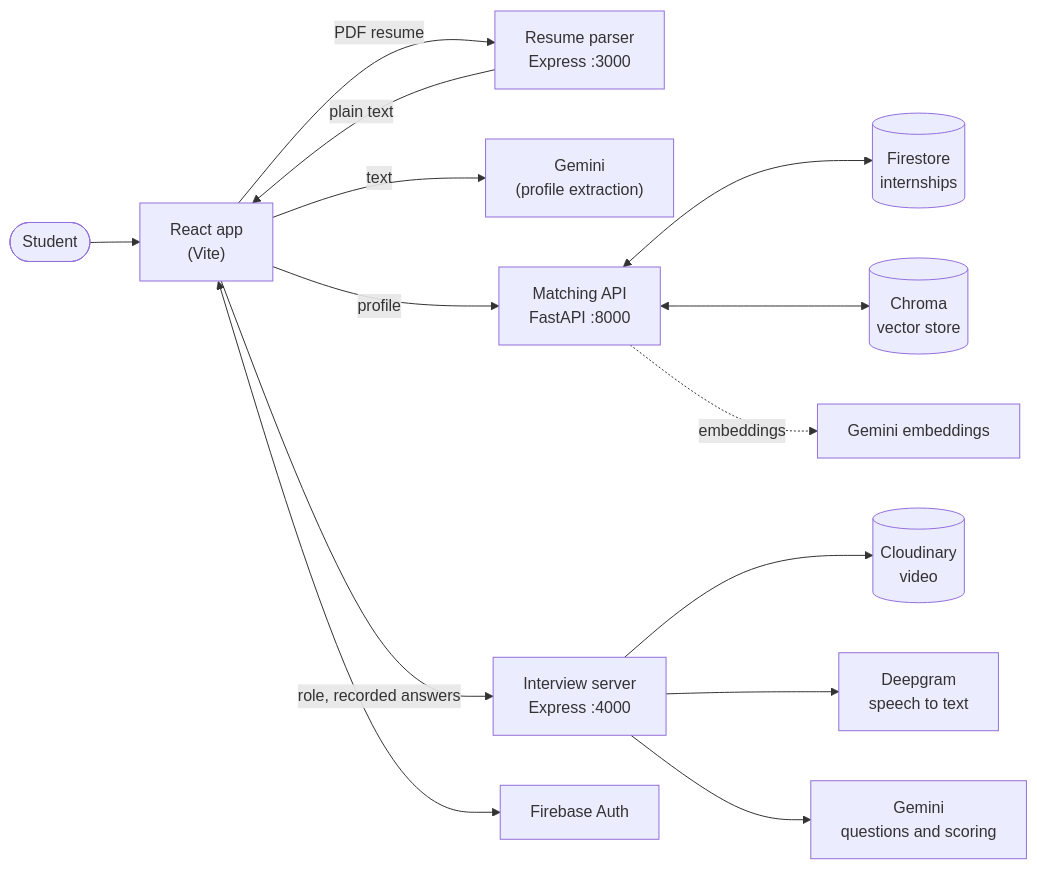
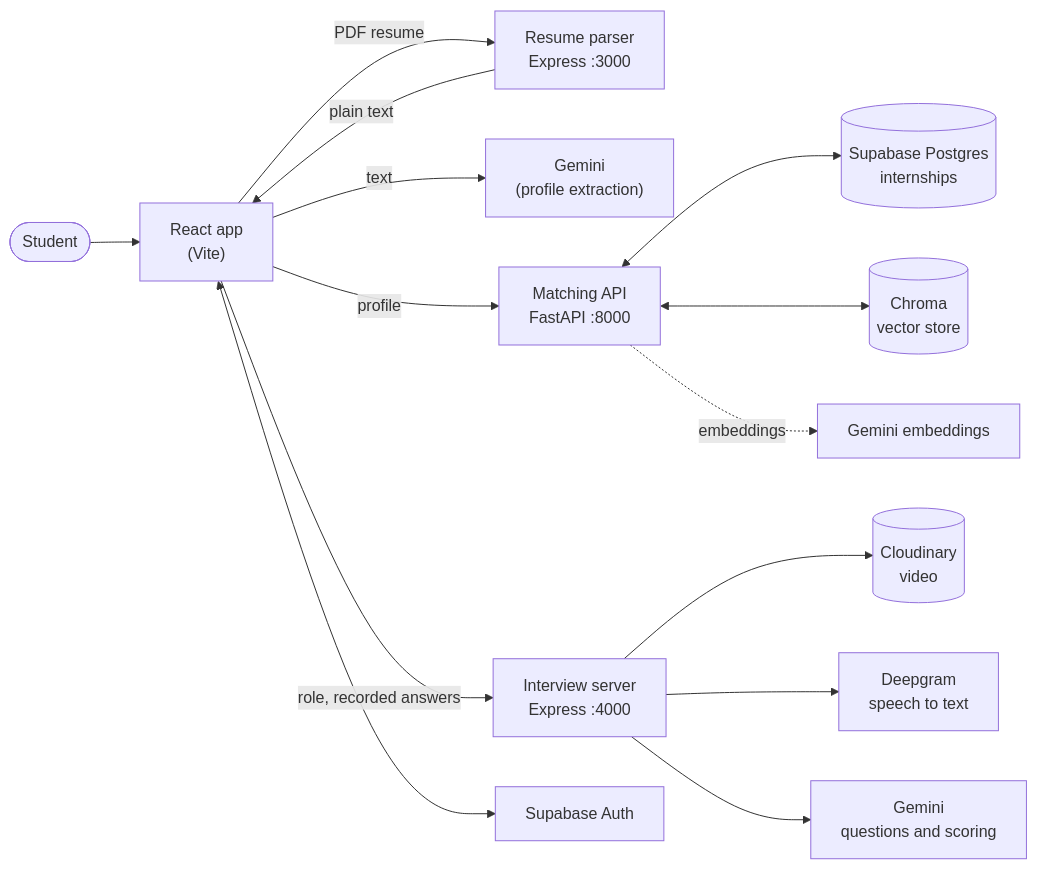
Before and after one commit to suryansh04/InternSetu: the diagram in README.md, drawn with Mermaid. The commit also changed other lines of this file and 25 other files, not shown here.

First line of the commit message:
Move from Firebase to Supabase and fix bugs found in testing

````diff
--- a/README.md
+++ b/README.md
@@ -57,16 +57,16 @@
 ```mermaid
 flowchart LR
     U([Student]) --> FE["React app<br/>(Vite)"]
     FE -- "PDF resume" --> RP["Resume parser<br/>Express :3000"]
     RP -- "plain text" --> FE
     FE -- "text" --> GM1["Gemini<br/>(profile extraction)"]
     FE -- "profile" --> MA["Matching API<br/>FastAPI :8000"]
-    MA <--> FS[("Firestore<br/>internships")]
+    MA <--> FS[("Supabase Postgres<br/>internships")]
     MA <--> VS[("Chroma<br/>vector store")]
     MA -. "embeddings" .-> GE["Gemini embeddings"]
     FE -- "role, recorded answers" --> IS["Interview server<br/>Express :4000"]
     IS --> CL[("Cloudinary<br/>video")]
     IS --> DG["Deepgram<br/>speech to text"]
     IS --> GM2["Gemini<br/>questions and scoring"]
-    FE <--> FA["Firebase Auth"]
+    FE <--> FA["Supabase Auth"]
 ```
````
